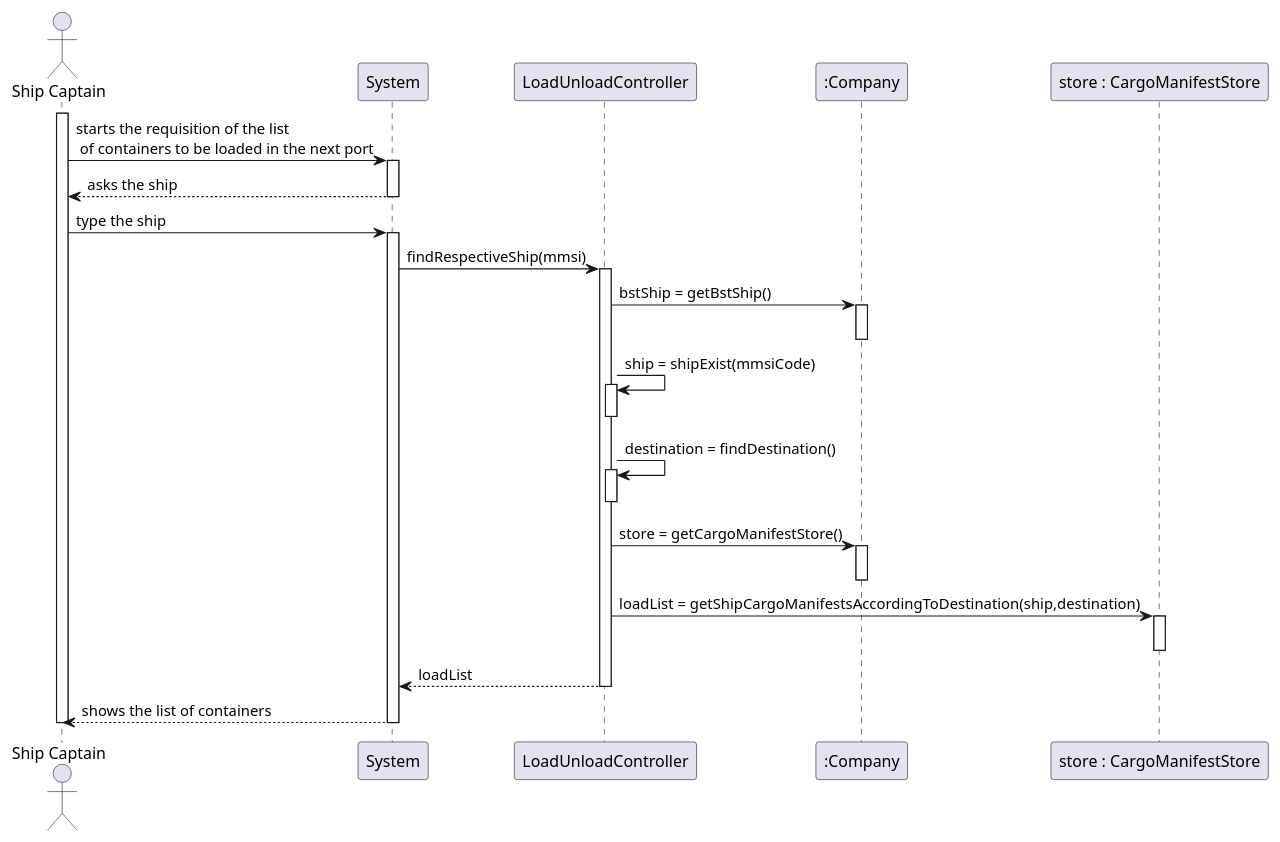
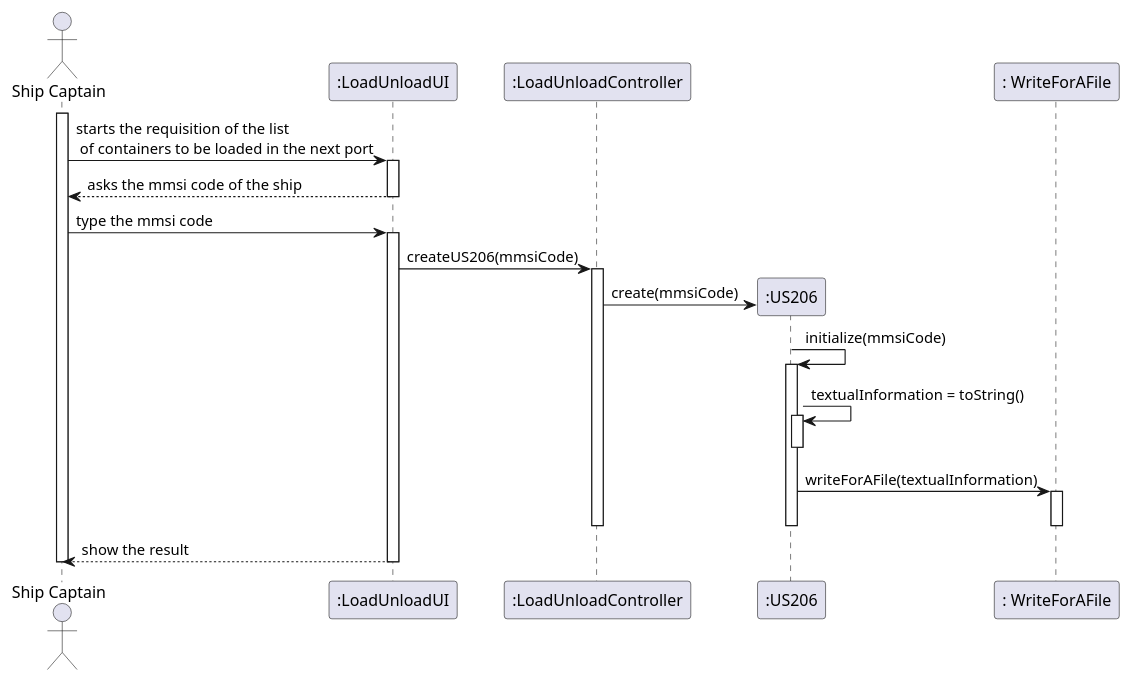
The diagram in docs/US206/US206_SD.puml (0franciscor/lapr3-2021-g042), drawn with PlantUML before and after one commit. The commit also changed 5 other files, not shown here.

```diff
--- a/docs/US206/US206_SD.puml
+++ b/docs/US206/US206_SD.puml
@@ -1,45 +1,44 @@
 @startuml
 'https://plantuml.com/class-diagram
+
 actor "Ship Captain" as SC
-participant "System" as SY
-participant "LoadUnloadController" as CTR
-participant ":Company" as CP
-participant "store : CargoManifestStore" as ST
-
-activate SC
-SC -> SY : starts the requisition of the list \n of containers to be loaded in the next port
-activate SY
+participant ":LoadUnloadUI" as UI
+participant ":LoadUnloadController" as CT
+participant ":US206" as US
+participant ": WriteForAFile" as WF
 
 
 
-SY --> SC : asks the ship
-deactivate SY
-SC -> SY : type the ship
+activate SC
+SC -> UI : starts the requisition of the list \n of containers to be loaded in the next port
+activate UI
+UI --> SC : asks the mmsi code of the ship
+deactivate UI
+SC -> UI : type the mmsi code
 
-activate SY
-SY -> CTR: findRespectiveShip(mmsi)
-activate CTR
-CTR -> CP : bstShip = getBstShip()
-activate CP
-deactivate CP
 
-CTR -> CTR: ship = shipExist(mmsiCode)
-activate CTR
-deactivate CTR
-CTR -> CTR : destination = findDestination()
-activate CTR
-deactivate CTR
-CTR ->CP : store = getCargoManifestStore()
-activate CP
-deactivate CP
-CTR -> ST :loadList = getShipCargoManifestsAccordingToDestination(ship,destination)
-activate ST
-deactivate ST
+activate UI
+UI->CT : createUS206(mmsiCode)
+activate CT
 
-CTR --> SY : loadList
 
-deactivate CTR
-SY --> SC : shows the list of containers
-deactivate SY
+CT -> US** : create(mmsiCode)
+
+US -> US: initialize(mmsiCode)
+activate US
+
+US -> US : textualInformation = toString()
+activate US
+deactivate US
+US -> WF : writeForAFile(textualInformation)
+
+activate WF
+deactivate WF
+
+deactivate US
+
+deactivate CT
+UI-->SC : show the result
+deactivate UI
 deactivate SC
 @enduml
```
